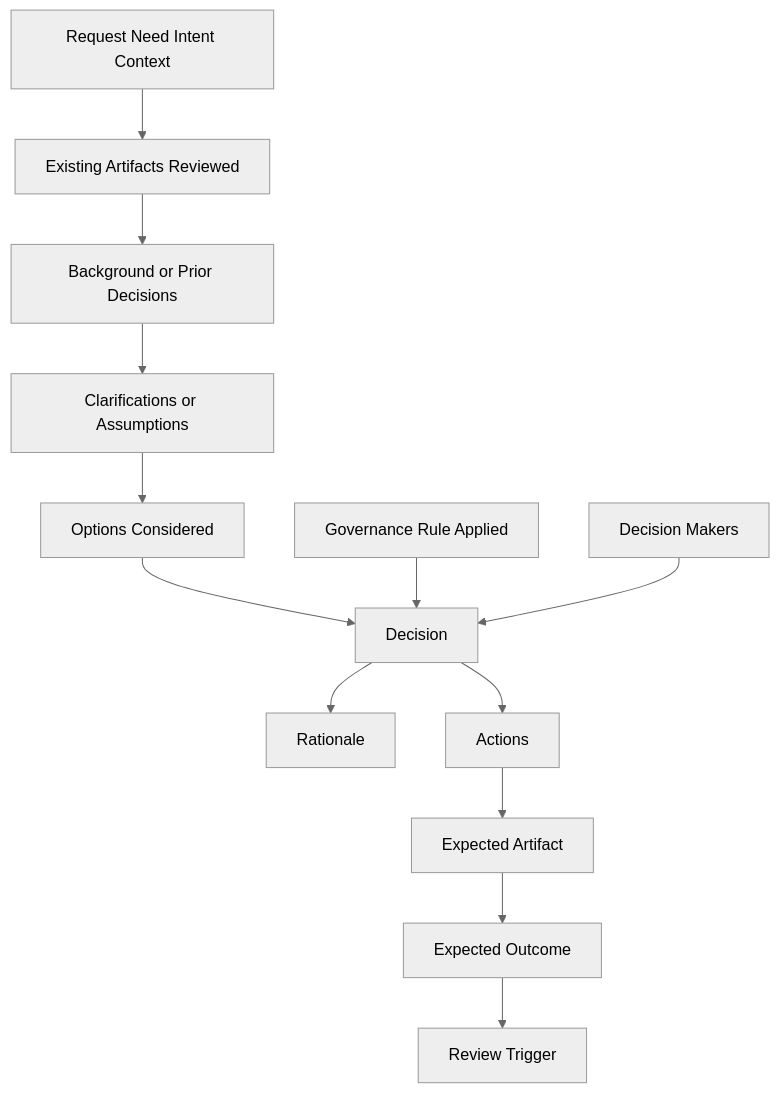
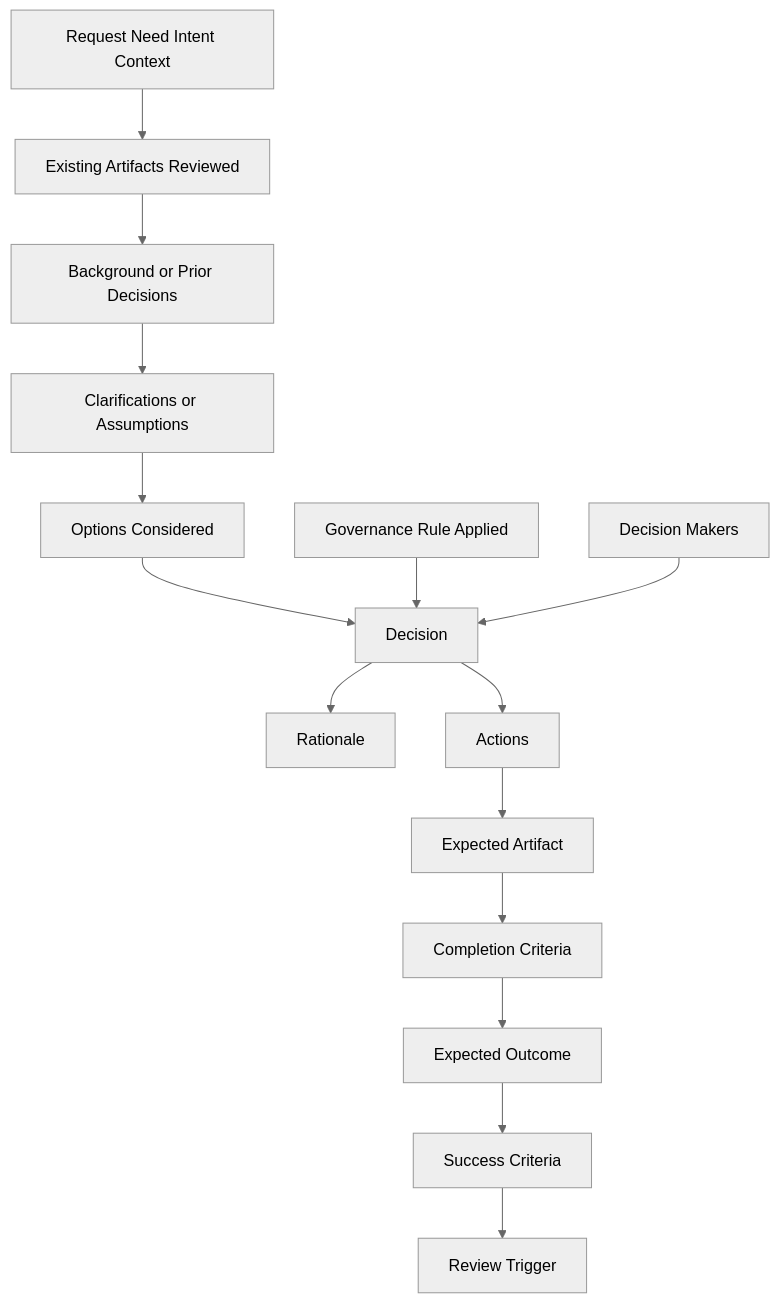
Before and after one commit to popcoondev/ai-organization-framework: the third of 4 diagrams in README.md, drawn with Mermaid (neutral theme). The commit also changed other lines of this file and 6 other files, not shown here.

Commit message:
Define completion and success model

````diff
--- a/README.md
+++ b/README.md
@@ -389,26 +404,30 @@
 ```mermaid
 flowchart TD
     input[Request Need Intent Context]
     reviewed[Existing Artifacts Reviewed]
     history[Background or Prior Decisions]
     clarify[Clarifications or Assumptions]
     options[Options Considered]
     gov[Governance Rule Applied]
     deciders[Decision Makers]
     decision[Decision]
     rationale[Rationale]
     actions[Actions]
     artifact[Expected Artifact]
     outcome[Expected Outcome]
+    done[Completion Criteria]
+    success[Success Criteria]
     review[Review Trigger]
 
     input --> reviewed --> history --> clarify --> options
     options --> decision
     gov --> decision
     deciders --> decision
     decision --> rationale
     decision --> actions
     actions --> artifact
-    artifact --> outcome
-    outcome --> review
+    artifact --> done
+    done --> outcome
+    outcome --> success
+    success --> review
 ```
````
